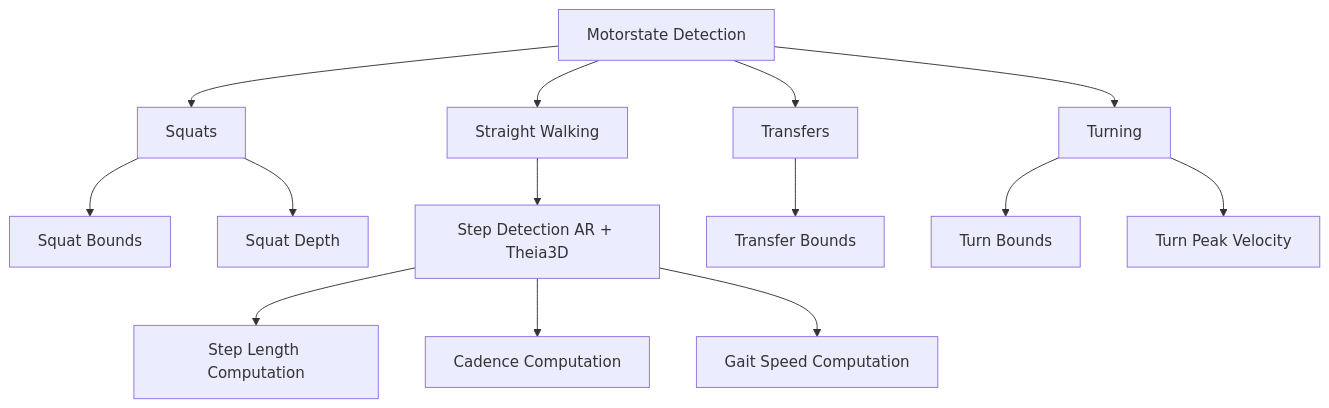
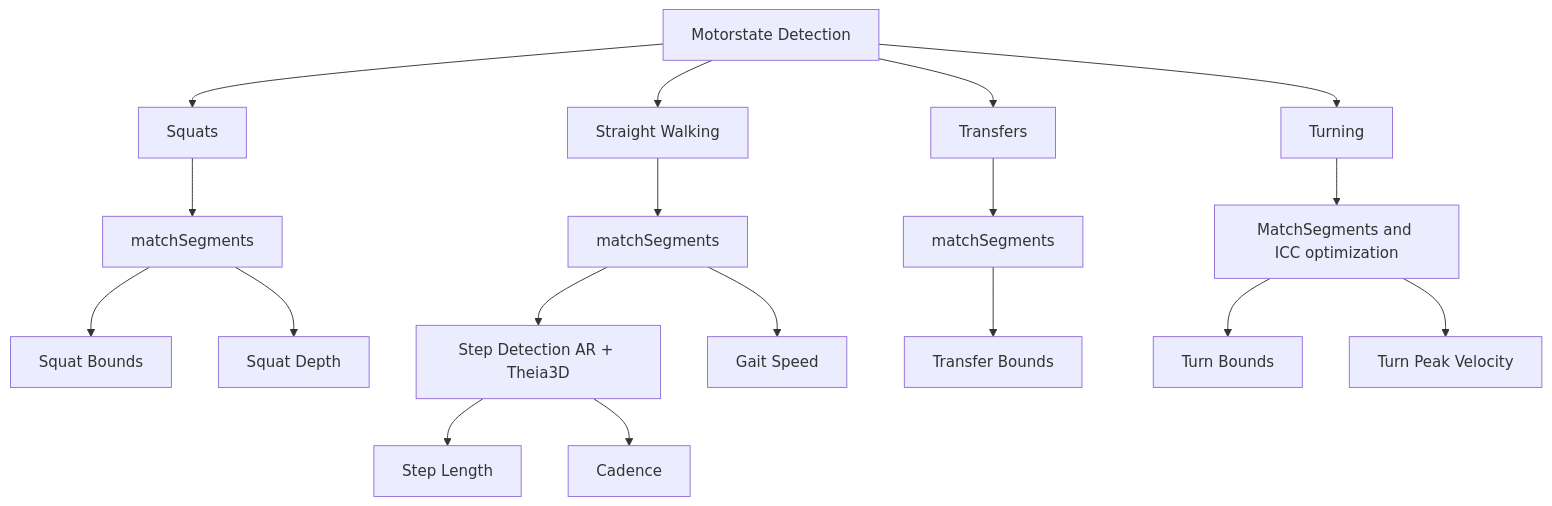
Before and after one commit to pvand/Motorstate_detection_and_metrics: the diagram in README.md, drawn with Mermaid. The commit also changed other lines of this file, not shown here.

Commit message:
Revise README with new flowchart details
Updated flowchart and pipeline descriptions to include matching segments and ICC optimization.

````diff
--- a/README.md
+++ b/README.md
@@ -11,21 +11,24 @@
 ```mermaid
 flowchart TD
     A[Motorstate Detection] --> B[Squats]
     A --> C[Straight Walking]
     A --> D[Transfers]
     A --> E[Turning]
     
-    B --> B1[Squat Bounds]
-    B --> B2[Squat Depth]
+    B --> Bm[matchSegments]
+    Bm --> B1[Squat Bounds]
+    Bm --> B2[Squat Depth]
     
-    C --> C0["Step Detection AR + Theia3D"]
+    C --> Cm[matchSegments]
+    Cm --> C0["Step Detection AR + Theia3D"]
+    Cm --> C1[Gait Speed]
+    C0 --> C2[Step Length]
+    C0 --> C3[Cadence]
+
+    D --> Dm[matchSegments]
+    Dm --> D1[Transfer Bounds]
     
-    C0 --> C1[Step Length Computation]
-    C0 --> C2[Cadence Computation]
-    C0 --> C3[Gait Speed Computation]
-    
-    D --> D1[Transfer Bounds]
-    
-    E --> E1[Turn Bounds]
-    E --> E2[Turn Peak Velocity]
+    E --> Em[MatchSegments and ICC optimization]
+    Em --> E1[Turn Bounds]
+    Em --> E2[Turn Peak Velocity]
 ```
````
